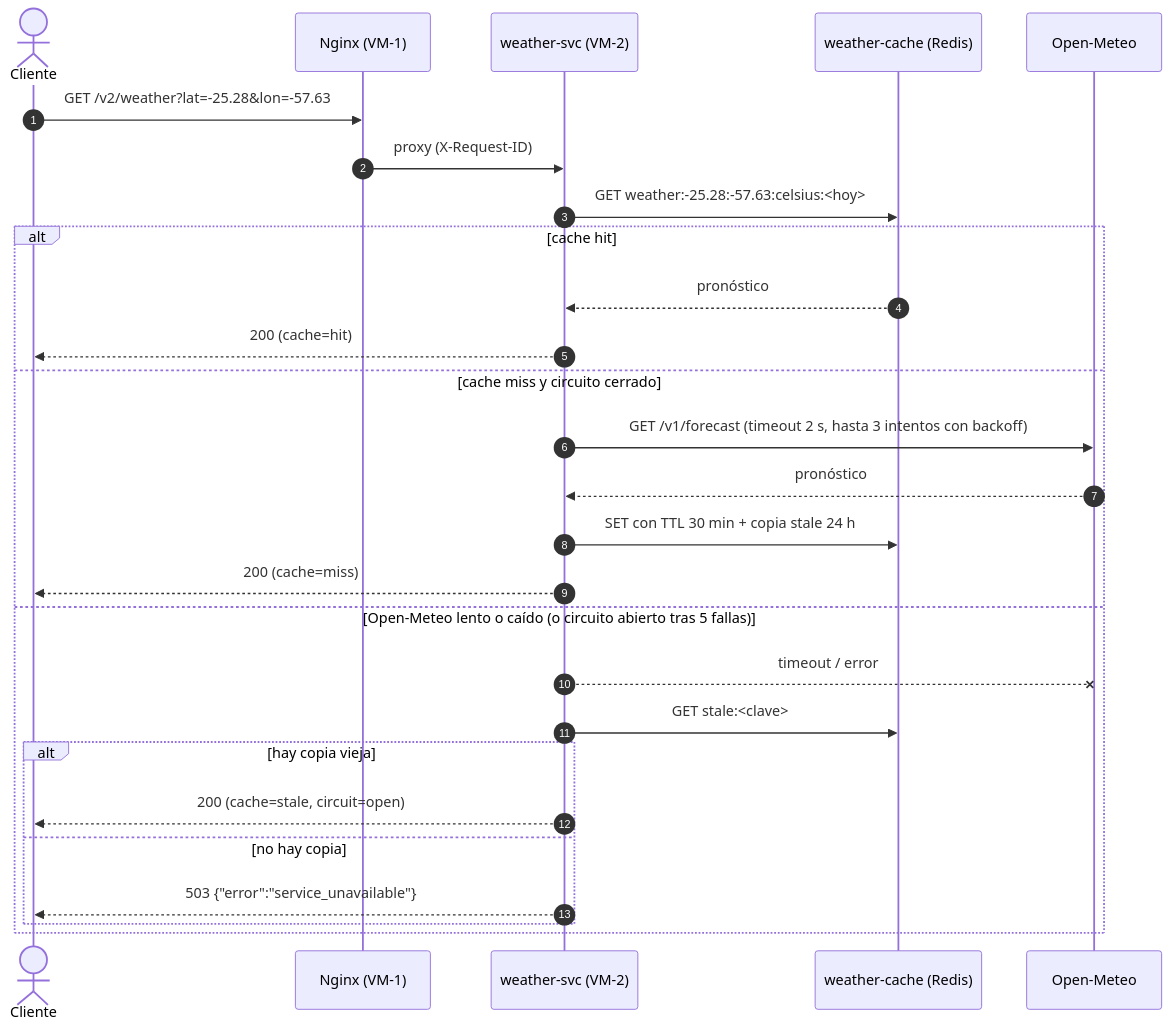
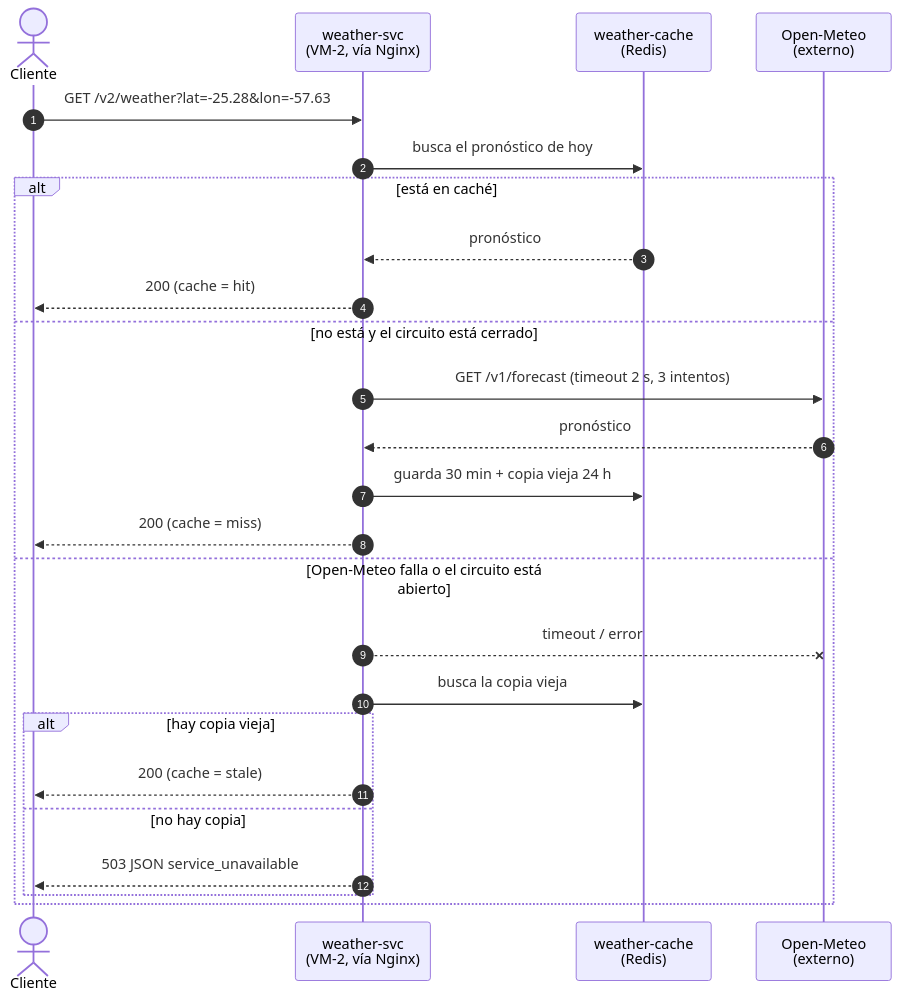
The third of 3 diagrams in cna/docs/diagrams/secuencias.md (bbia21/tp-arqweb-equipo03), drawn with Mermaid before and after one commit. The commit also changed other lines of this file and 2 other files, not shown here.

Commit message:
Diagramas C4 y de secuencia corregidos

````diff
--- a/cna/docs/diagrams/secuencias.md
+++ b/cna/docs/diagrams/secuencias.md
@@ -77,30 +70,28 @@
 ```mermaid
 sequenceDiagram
   autonumber
   actor C as Cliente
-  participant N as Nginx (VM-1)
-  participant S3 as weather-svc (VM-2)
-  participant K as weather-cache (Redis)
-  participant O as Open-Meteo
+  participant S3 as weather-svc<br/>(VM-2, vía Nginx)
+  participant K as weather-cache<br/>(Redis)
+  participant O as Open-Meteo<br/>(externo)
 
-  C->>N: GET /v2/weather?lat=-25.28&lon=-57.63
-  N->>S3: proxy (X-Request-ID)
-  S3->>K: GET weather:-25.28:-57.63:celsius:<hoy>
-  alt cache hit
+  C->>S3: GET /v2/weather?lat=-25.28&lon=-57.63
+  S3->>K: busca el pronóstico de hoy
+  alt está en caché
     K-->>S3: pronóstico
-    S3-->>C: 200 (cache=hit)
-  else cache miss y circuito cerrado
-    S3->>O: GET /v1/forecast (timeout 2 s, hasta 3 intentos con backoff)
+    S3-->>C: 200 (cache = hit)
+  else no está y el circuito está cerrado
+    S3->>O: GET /v1/forecast (timeout 2 s, 3 intentos)
     O-->>S3: pronóstico
-    S3->>K: SET con TTL 30 min + copia stale 24 h
-    S3-->>C: 200 (cache=miss)
-  else Open-Meteo lento o caído (o circuito abierto tras 5 fallas)
+    S3->>K: guarda 30 min + copia vieja 24 h
+    S3-->>C: 200 (cache = miss)
+  else Open-Meteo falla o el circuito está abierto
     S3--xO: timeout / error
-    S3->>K: GET stale:<clave>
+    S3->>K: busca la copia vieja
     alt hay copia vieja
-      S3-->>C: 200 (cache=stale, circuit=open)
+      S3-->>C: 200 (cache = stale)
     else no hay copia
-      S3-->>C: 503 {"error":"service_unavailable"}
+      S3-->>C: 503 JSON service_unavailable
     end
   end
 ```
````
